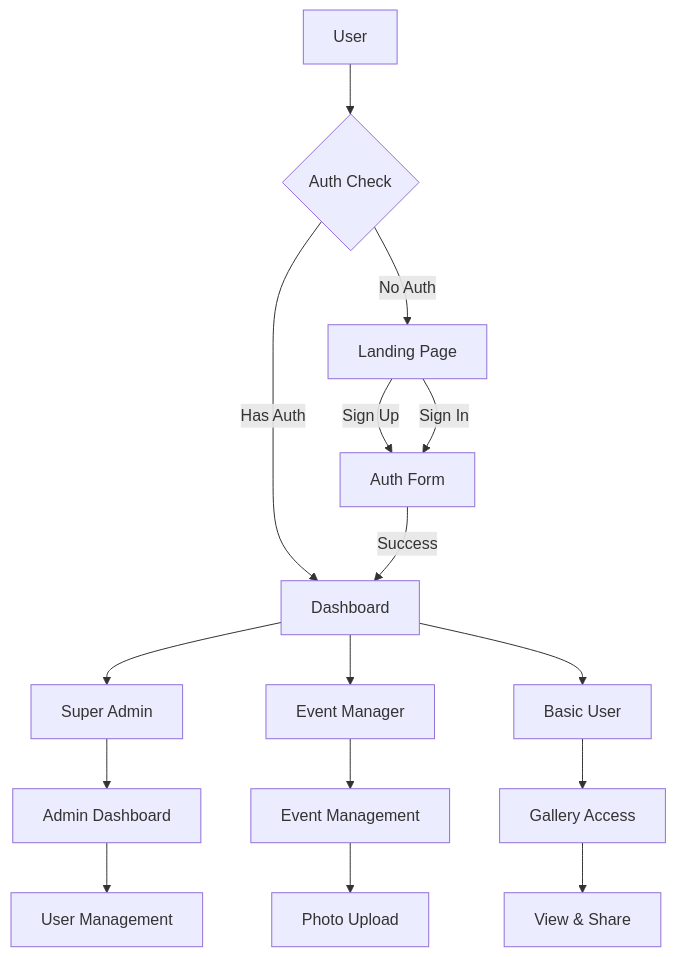
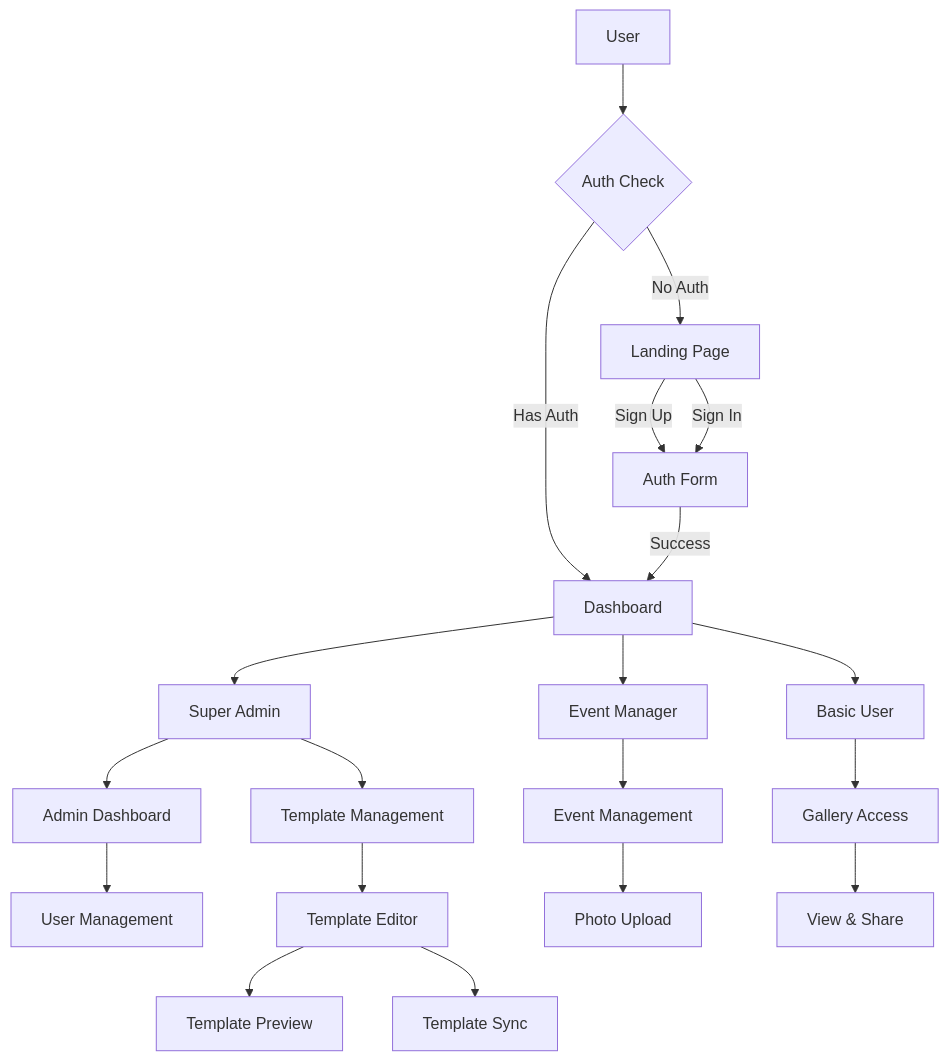
Before and after one commit to mrj0nesmtl/cloud-burst: the first of 4 diagrams in docs/user-flows/user_flow_overview.md, drawn with Mermaid. The commit also changed other lines of this file and 28 other files, not shown here.

Commit message:
v0.1.17: Documentation Update - Email Template Management System and Project Structure

````diff
--- a/docs/user-flows/user_flow_overview.md
+++ b/docs/user-flows/user_flow_overview.md
@@ -11,22 +11,27 @@
 ```mermaid
 flowchart TD
     A[User] --> B{Auth Check}
     B -->|No Auth| C[Landing Page]
     B -->|Has Auth| D[Dashboard]
     
     C --> |Sign Up| E[Auth Form]
     C --> |Sign In| E
     E --> |Success| D
     
     D --> F[Super Admin]
     D --> G[Event Manager]
     D --> H[Basic User]
     
     F --> I[Admin Dashboard]
+    F --> O[Template Management]
     G --> J[Event Management]
     H --> K[Gallery Access]
     
     I --> L[User Management]
+    O --> P[Template Editor]
     J --> M[Photo Upload]
     K --> N[View & Share]
+    
+    P --> Q[Template Preview]
+    P --> R[Template Sync]
 ```
````
